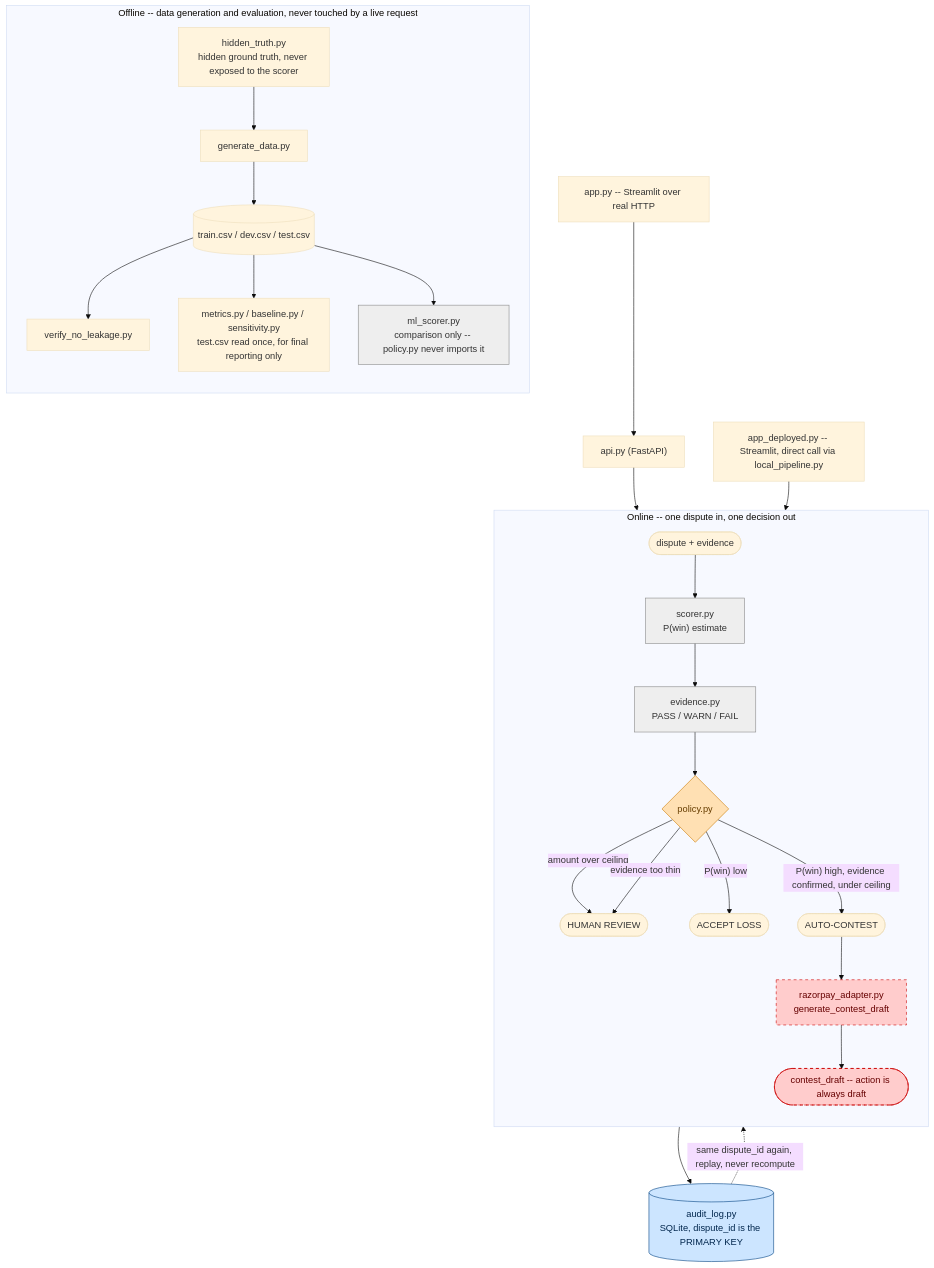
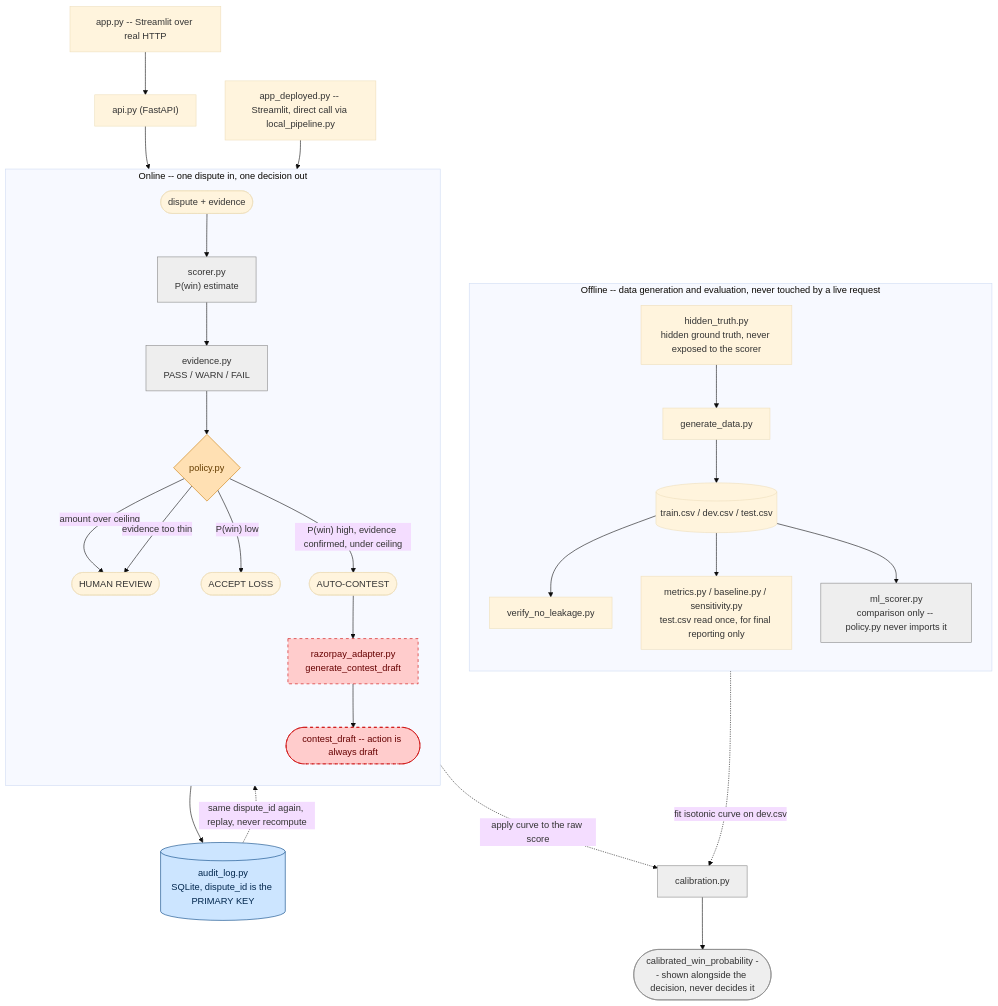
The diagram in ARCHITECTURE.md (Jagadeesh58/chargeback-risk-engine), drawn with Mermaid (base theme) before and after one commit. The commit also changed other lines of this file and 13 other files, not shown here.

Commit message:
feat: add probability calibration, fixing the documented calibration gap

````diff
--- a/ARCHITECTURE.md
+++ b/ARCHITECTURE.md
@@ -14,41 +14,45 @@
 ```mermaid
 flowchart TD
     subgraph OFFLINE[" Offline -- data generation and evaluation, never touched by a live request "]
         direction TB
         HT["hidden_truth.py<br/>hidden ground truth, never exposed to the scorer"] --> GD["generate_data.py"]
         GD --> CSV[("train.csv / dev.csv / test.csv")]
         CSV --> VNL["verify_no_leakage.py"]
         CSV --> EVAL["metrics.py / baseline.py / sensitivity.py<br/>test.csv read once, for final reporting only"]
         CSV --> MLCMP["ml_scorer.py<br/>comparison only -- policy.py never imports it"]
     end
 
     subgraph ONLINE[" Online -- one dispute in, one decision out "]
         direction TB
         REQ(["dispute + evidence"]) --> SCORER["scorer.py<br/>P(win) estimate"]
         SCORER --> EVID["evidence.py<br/>PASS / WARN / FAIL"]
         EVID --> POLICY{"policy.py"}
         POLICY -->|"amount over ceiling"| HR(["HUMAN REVIEW"])
         POLICY -->|"evidence too thin"| HR
         POLICY -->|"P(win) low"| AL(["ACCEPT LOSS"])
         POLICY -->|"P(win) high, evidence confirmed, under ceiling"| AC(["AUTO-CONTEST"])
         AC --> ADAPTER["razorpay_adapter.py<br/>generate_contest_draft"]
         ADAPTER --> DRAFT(["contest_draft -- action is always draft"])
     end
 
     POLICY --> AUDIT[("audit_log.py<br/>SQLite, dispute_id is the PRIMARY KEY")]
     AUDIT -. "same dispute_id again, replay, never recompute" .-> POLICY
 
+    CSV -. "fit isotonic curve on dev.csv" .-> CALIB["calibration.py"]
+    SCORER -. "apply curve to the raw score" .-> CALIB
+    CALIB --> CALOUT(["calibrated_win_probability -- shown alongside the decision, never decides it"])
+
     APIL["api.py (FastAPI)"] --> ONLINE
     STL1["app.py -- Streamlit over real HTTP"] --> APIL
     STL2["app_deployed.py -- Streamlit, direct call via local_pipeline.py"] --> ONLINE
 
     classDef advisory fill:#eeeeee,stroke:#888888,color:#333333
     classDef safety fill:#ffe0b3,stroke:#cc7a00,color:#663d00
     classDef neverAuto fill:#ffcccc,stroke:#cc0000,color:#660000,stroke-dasharray:5,5
     classDef storage fill:#cce5ff,stroke:#004080,color:#00264d
 
-    class SCORER,EVID,MLCMP advisory
+    class SCORER,EVID,MLCMP,CALIB,CALOUT advisory
     class POLICY safety
     class ADAPTER,DRAFT neverAuto
     class AUDIT storage
 ```
````
